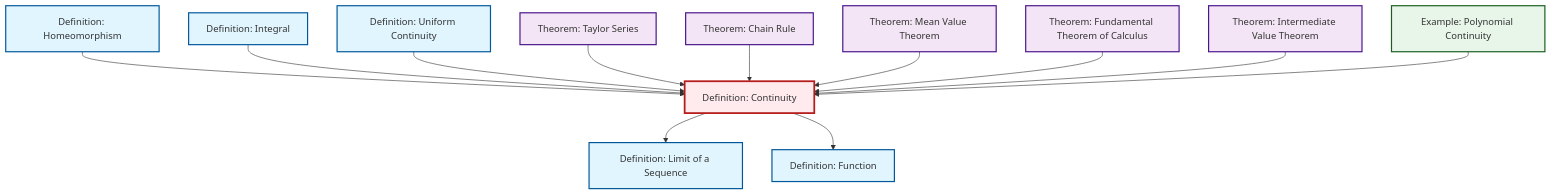
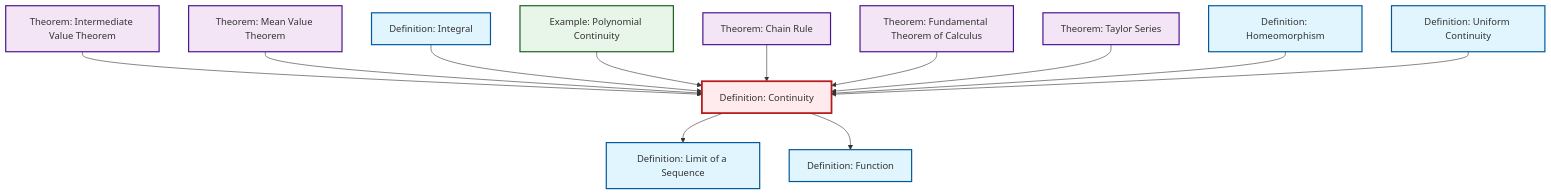
One commit to RK0429/ModernMath changed the diagram in content/en/analysis/def-continuity.qmd. Above: the diagram before and after it, drawn with Mermaid. The commit also changed other lines of this file and 597 other files, not shown here.

````diff
--- a/content/en/analysis/def-continuity.qmd
+++ b/content/en/analysis/def-continuity.qmd
@@ -58,44 +58,44 @@
 ```{mermaid}
 %%| fig-cap: "Local dependency graph"
 graph TD
     classDef definition fill:#e1f5fe,stroke:#01579b,stroke-width:2px
     classDef theorem fill:#f3e5f5,stroke:#4a148c,stroke-width:2px
     classDef axiom fill:#fff3e0,stroke:#e65100,stroke-width:2px
     classDef example fill:#e8f5e9,stroke:#1b5e20,stroke-width:2px
     classDef current fill:#ffebee,stroke:#b71c1c,stroke-width:3px
-    thm-taylor-series["Theorem: Taylor Series"]:::theorem
-    def-function["Definition: Function"]:::definition
     def-integral["Definition: Integral"]:::definition
-    def-uniform-continuity["Definition: Uniform Continuity"]:::definition
     ex-polynomial-continuity["Example: Polynomial Continuity"]:::example
     thm-intermediate-value["Theorem: Intermediate Value Theorem"]:::theorem
+    thm-mean-value["Theorem: Mean Value Theorem"]:::theorem
+    def-uniform-continuity["Definition: Uniform Continuity"]:::definition
+    def-function["Definition: Function"]:::definition
     thm-chain-rule["Theorem: Chain Rule"]:::theorem
     def-homeomorphism["Definition: Homeomorphism"]:::definition
+    thm-fundamental-calculus["Theorem: Fundamental Theorem of Calculus"]:::theorem
+    thm-taylor-series["Theorem: Taylor Series"]:::theorem
     def-limit["Definition: Limit of a Sequence"]:::definition
-    thm-mean-value["Theorem: Mean Value Theorem"]:::theorem
-    thm-fundamental-calculus["Theorem: Fundamental Theorem of Calculus"]:::theorem
     def-continuity["Definition: Continuity"]:::definition
+    thm-intermediate-value --> def-continuity
+    def-continuity --> def-limit
+    thm-mean-value --> def-continuity
+    def-continuity --> def-function
+    def-integral --> def-continuity
+    ex-polynomial-continuity --> def-continuity
+    thm-chain-rule --> def-continuity
+    thm-fundamental-calculus --> def-continuity
+    thm-taylor-series --> def-continuity
     def-homeomorphism --> def-continuity
-    def-continuity --> def-limit
-    def-integral --> def-continuity
     def-uniform-continuity --> def-continuity
-    thm-taylor-series --> def-continuity
-    thm-chain-rule --> def-continuity
-    def-continuity --> def-function
-    thm-mean-value --> def-continuity
-    thm-fundamental-calculus --> def-continuity
-    thm-intermediate-value --> def-continuity
-    ex-polynomial-continuity --> def-continuity
     class def-continuity current
-    click thm-taylor-series "thm-taylor-series.html" "Go to Taylor Series theorem"
-    click def-function "def-function.html" "Go to Function definition"
     click def-integral "def-integral.html" "Go to Integral definition"
-    click def-uniform-continuity "def-uniform-continuity.html" "Go to Uniform Continuity definition"
     click ex-polynomial-continuity "ex-polynomial-continuity.html" "Go to Polynomial Continuity example"
     click thm-intermediate-value "thm-intermediate-value.html" "Go to Intermediate Value Theorem theorem"
+    click thm-mean-value "thm-mean-value.html" "Go to Mean Value Theorem theorem"
+    click def-uniform-continuity "def-uniform-continuity.html" "Go to Uniform Continuity definition"
+    click def-function "def-function.html" "Go to Function definition"
     click thm-chain-rule "thm-chain-rule.html" "Go to Chain Rule theorem"
     click def-homeomorphism "def-homeomorphism.html" "Go to Homeomorphism definition"
+    click thm-fundamental-calculus "thm-fundamental-calculus.html" "Go to Fundamental Theorem of Calculus theorem"
+    click thm-taylor-series "thm-taylor-series.html" "Go to Taylor Series theorem"
     click def-limit "def-limit.html" "Go to Limit of a Sequence definition"
-    click thm-mean-value "thm-mean-value.html" "Go to Mean Value Theorem theorem"
-    click thm-fundamental-calculus "thm-fundamental-calculus.html" "Go to Fundamental Theorem of Calculus theorem"
 ```
````
